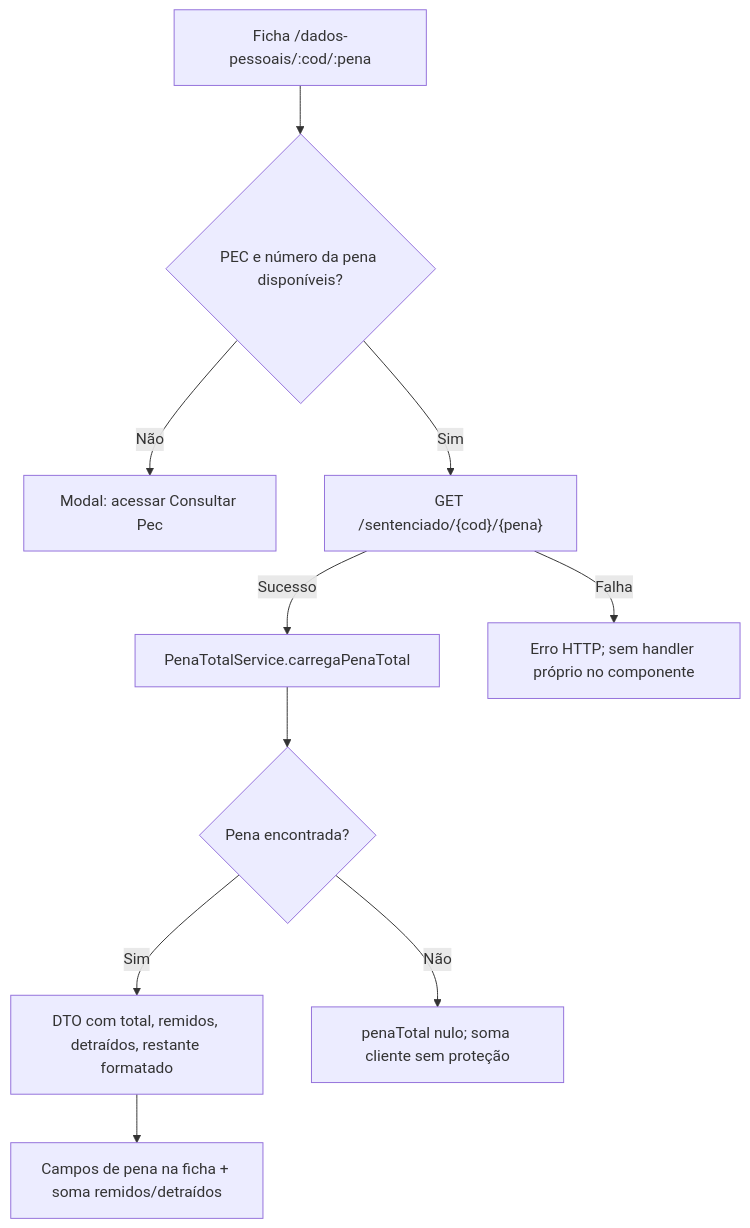
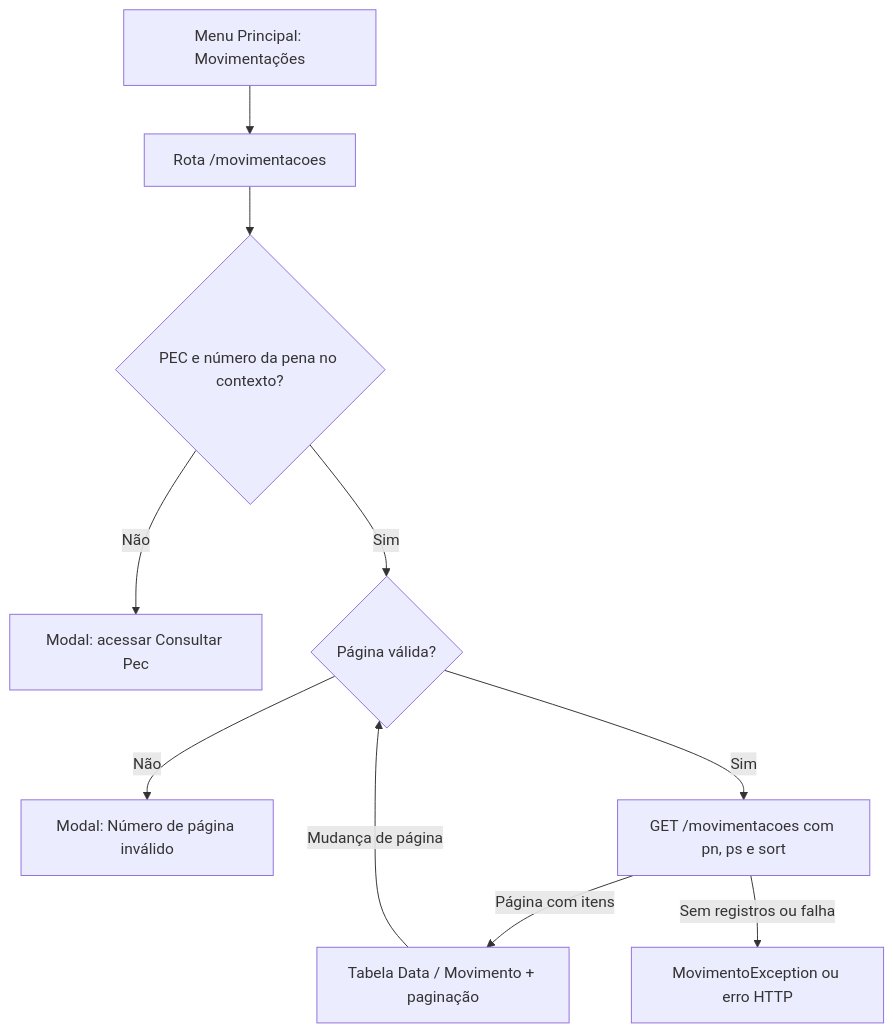
The first of 2 diagrams in test/test.md (claudirc1967/loja-informatica), drawn with Mermaid before and after one commit. The commit also changed other lines of this file, not shown here.

````diff
--- a/test/test.md
+++ b/test/test.md
@@ -41,22 +39,21 @@
 ```mermaid
 flowchart TD
-    FICHA["Ficha /dados-pessoais/:cod/:pena"]
-    IDS{"PEC e número da pena disponíveis?"}
+    MENU["Menu Principal: Movimentações"]
+    ROTA["Rota /movimentacoes"]
+    CTX{"PEC e número da pena no contexto?"}
     AVISO["Modal: acessar Consultar Pec"]
-    HTTP["GET /sentenciado/{cod}/{pena}"]
-    CARGA["PenaTotalService.carregaPenaTotal"]
-    OK{"Pena encontrada?"}
-    DTO["DTO com total, remidos, detraídos, restante formatado"]
-    TELA["Campos de pena na ficha + soma remidos/detraídos"]
-    NULO["penaTotal nulo; soma cliente sem proteção"]
-    HTTPERR["Erro HTTP; sem handler próprio no componente"]
-    FICHA --> IDS
-    IDS -->|"Não"| AVISO
-    IDS -->|"Sim"| HTTP
-    HTTP -->|"Sucesso"| CARGA
-    HTTP -->|"Falha"| HTTPERR
-    CARGA --> OK
-    OK -->|"Sim"| DTO
-    OK -->|"Não"| NULO
-    DTO --> TELA
+    VAL{"Página válida?"}
+    PAGINV["Modal: Número de página inválido"]
+    HTTP["GET /movimentacoes com pn, ps e sort"]
+    TAB["Tabela Data / Movimento + paginação"]
+    VAZIO["MovimentoException ou erro HTTP"]
+    MENU --> ROTA
+    ROTA --> CTX
+    CTX -->|"Não"| AVISO
+    CTX -->|"Sim"| VAL
+    VAL -->|"Não"| PAGINV
+    VAL -->|"Sim"| HTTP
+    HTTP -->|"Página com itens"| TAB
+    HTTP -->|"Sem registros ou falha"| VAZIO
+    TAB -->|"Mudança de página"| VAL
 ```
````
